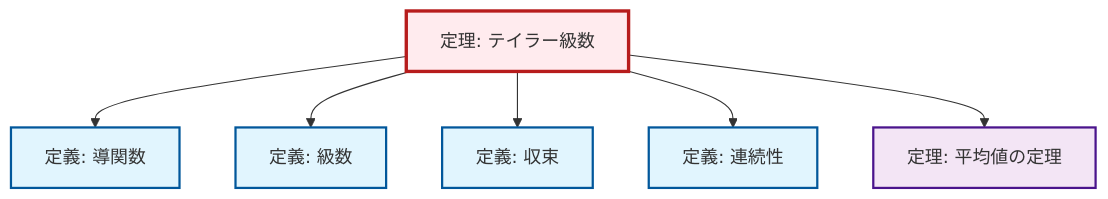
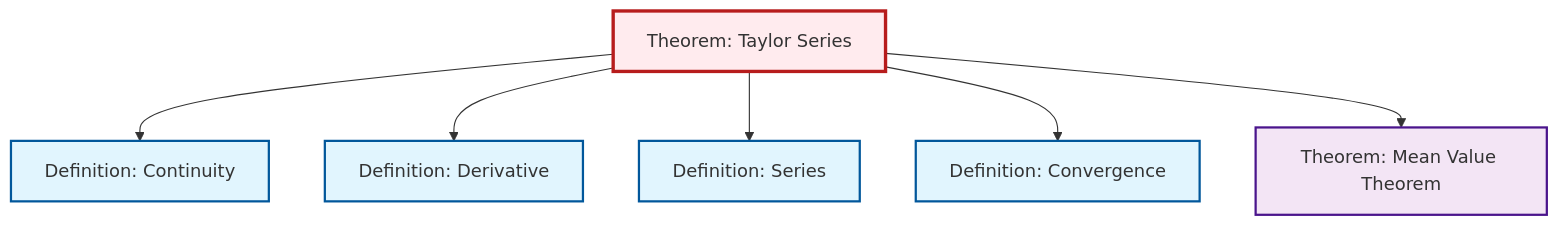
Before and after one commit to RK0429/ModernMath: the diagram in content/ja/analysis/thm-taylor-series.qmd, drawn with Mermaid. The commit also changed other lines of this file and 497 other files, not shown here.

````diff
--- a/content/ja/analysis/thm-taylor-series.qmd
+++ b/content/ja/analysis/thm-taylor-series.qmd
@@ -107,26 +107,26 @@
 ```{mermaid}
 %%| fig-cap: "Local dependency graph"
 graph TD
     classDef definition fill:#e1f5fe,stroke:#01579b,stroke-width:2px
     classDef theorem fill:#f3e5f5,stroke:#4a148c,stroke-width:2px
     classDef axiom fill:#fff3e0,stroke:#e65100,stroke-width:2px
     classDef example fill:#e8f5e9,stroke:#1b5e20,stroke-width:2px
     classDef current fill:#ffebee,stroke:#b71c1c,stroke-width:3px
-    thm-taylor-series["定理: テイラー級数"]:::theorem
-    def-derivative["定義: 導関数"]:::definition
-    def-series["定義: 級数"]:::definition
-    def-convergence["定義: 収束"]:::definition
-    def-continuity["定義: 連続性"]:::definition
-    thm-mean-value["定理: 平均値の定理"]:::theorem
+    thm-mean-value["Theorem: Mean Value Theorem"]:::theorem
+    def-series["Definition: Series"]:::definition
+    def-convergence["Definition: Convergence"]:::definition
+    def-continuity["Definition: Continuity"]:::definition
+    def-derivative["Definition: Derivative"]:::definition
+    thm-taylor-series["Theorem: Taylor Series"]:::theorem
+    thm-taylor-series --> def-continuity
     thm-taylor-series --> def-derivative
     thm-taylor-series --> def-series
     thm-taylor-series --> def-convergence
-    thm-taylor-series --> def-continuity
     thm-taylor-series --> thm-mean-value
     class thm-taylor-series current
-    click def-derivative "def-derivative.html" "Go to Derivative definition"
-    click def-series "def-series.html" "Go to Series definition"
-    click def-convergence "def-convergence.html" "Go to Convergence definition"
-    click def-continuity "def-continuity.html" "Go to Continuity definition"
-    click thm-mean-value "thm-mean-value.html" "Go to Mean Value Theorem"
+    click thm-mean-value "thm-mean-value.html" "Theorem: Mean Value Theoremへ"
+    click def-series "def-series.html" "Definition: Seriesへ"
+    click def-convergence "def-convergence.html" "Definition: Convergenceへ"
+    click def-continuity "def-continuity.html" "Definition: Continuityへ"
+    click def-derivative "def-derivative.html" "Definition: Derivativeへ"
 ```
````
